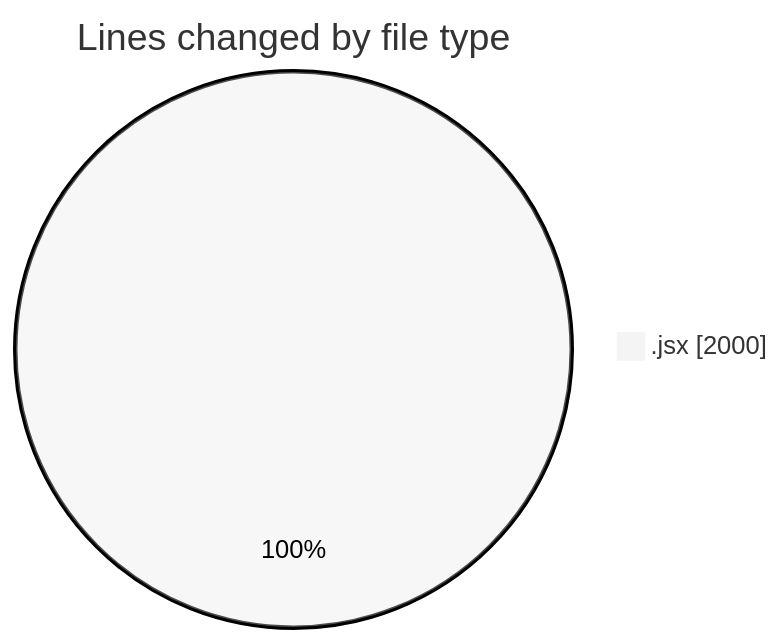
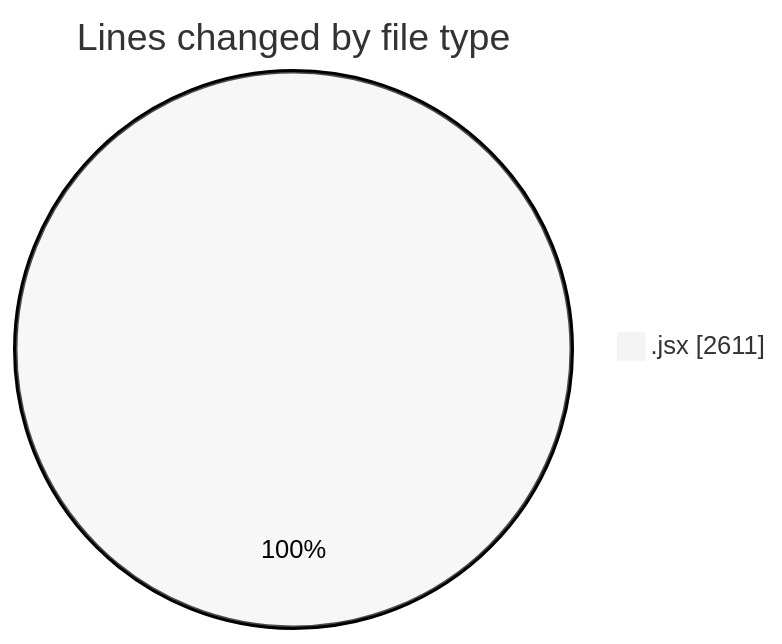
One commit to nxtqubesakshisongat/code-tracking changed the first of 2 diagrams in 2025-05-12/argos-dev/README.md. Above: the diagram before and after it, drawn with Mermaid (neutral theme). The commit also changed other lines of this file and 1 other file, not shown here.

````diff
--- a/2025-05-12/argos-dev/README.md
+++ b/2025-05-12/argos-dev/README.md
@@ -26,5 +26,5 @@
 ```mermaid
 pie showData
 title Lines changed by file type
-".jsx" : 2000
+".jsx" : 2611
 ```
````
